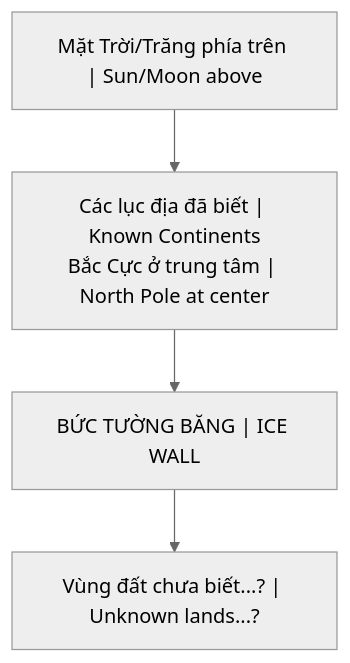
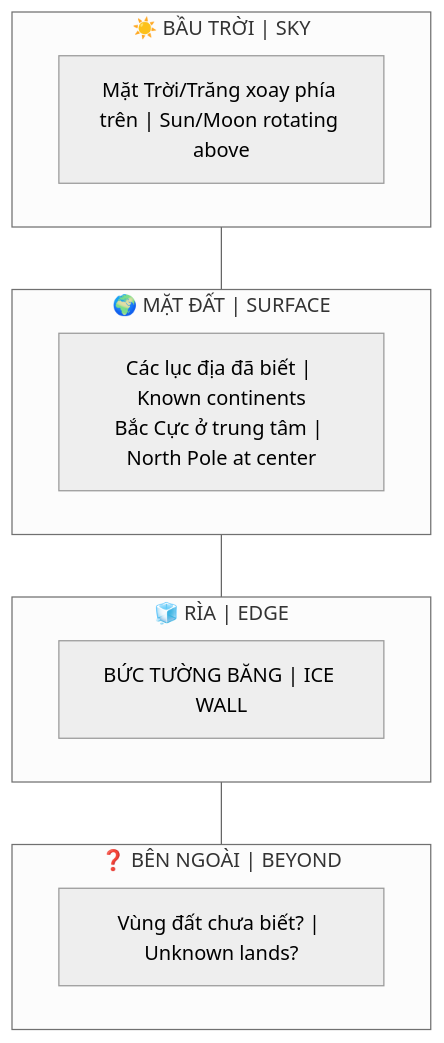
One commit to dyukahi/knowledge changed the diagram in politics-conspiracy/Bức Tường Băng.md. Above: the diagram before and after it, drawn with Mermaid (neutral theme). The commit also changed other lines of this file, not shown here.

Commit message:
Improve Ice Wall diagram: side view with subgraphs + explanation

````diff
--- a/politics-conspiracy/Bức Tường Băng.md
+++ b/politics-conspiracy/Bức Tường Băng.md
@@ -20,9 +24,20 @@
 ```mermaid
 flowchart TB
-    Sun["Mặt Trời/Trăng phía trên | Sun/Moon above"]
-    World["Các lục địa đã biết | Known Continents<br/>Bắc Cực ở trung tâm | North Pole at center"]
-    Ice["BỨC TƯỜNG BĂNG | ICE WALL"]
-    Unknown["Vùng đất chưa biết...? | Unknown lands...?"]
+    subgraph Sky["☀️ BẦU TRỜI | SKY"]
+        Sun["Mặt Trời/Trăng xoay phía trên | Sun/Moon rotating above"]
+    end
     
-    Sun --> World --> Ice --> Unknown
+    subgraph Surface["🌍 MẶT ĐẤT | SURFACE"]
+        Land["Các lục địa đã biết | Known continents<br/>Bắc Cực ở trung tâm | North Pole at center"]
+    end
+    
+    subgraph Edge["🧊 RÌA | EDGE"]
+        Ice["BỨC TƯỜNG BĂNG | ICE WALL"]
+    end
+    
+    subgraph Beyond["❓ BÊN NGOÀI | BEYOND"]
+        Unknown["Vùng đất chưa biết? | Unknown lands?"]
+    end
+    
+    Sky --- Surface --- Edge --- Beyond
 ```
````
